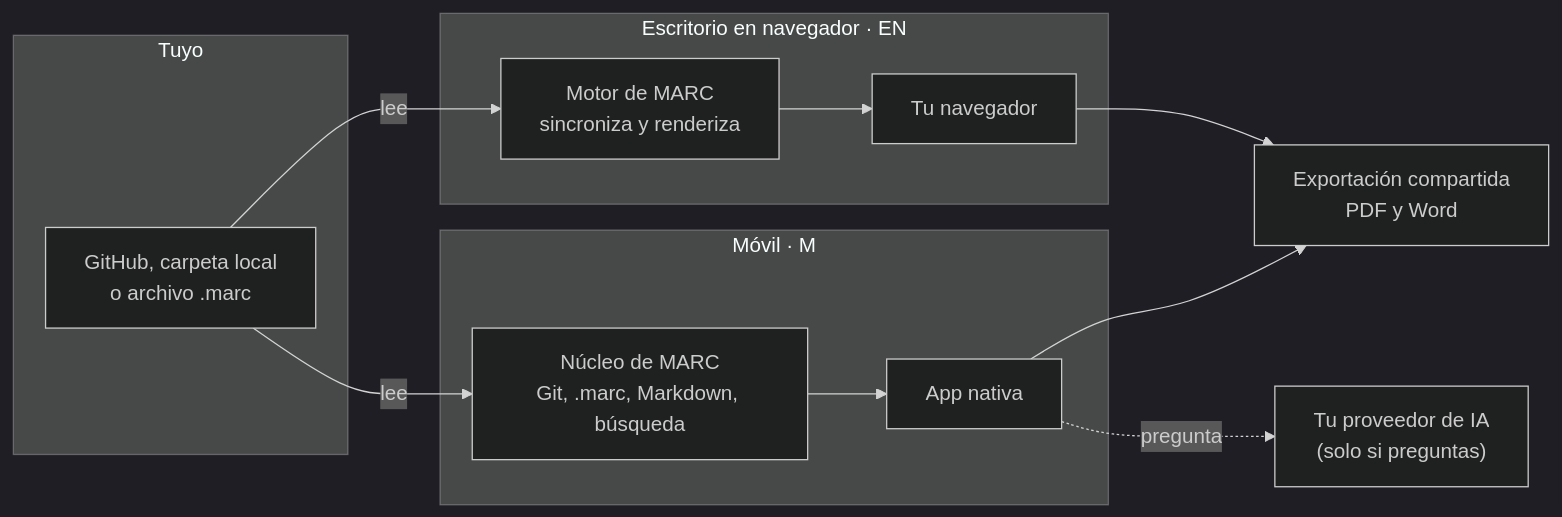
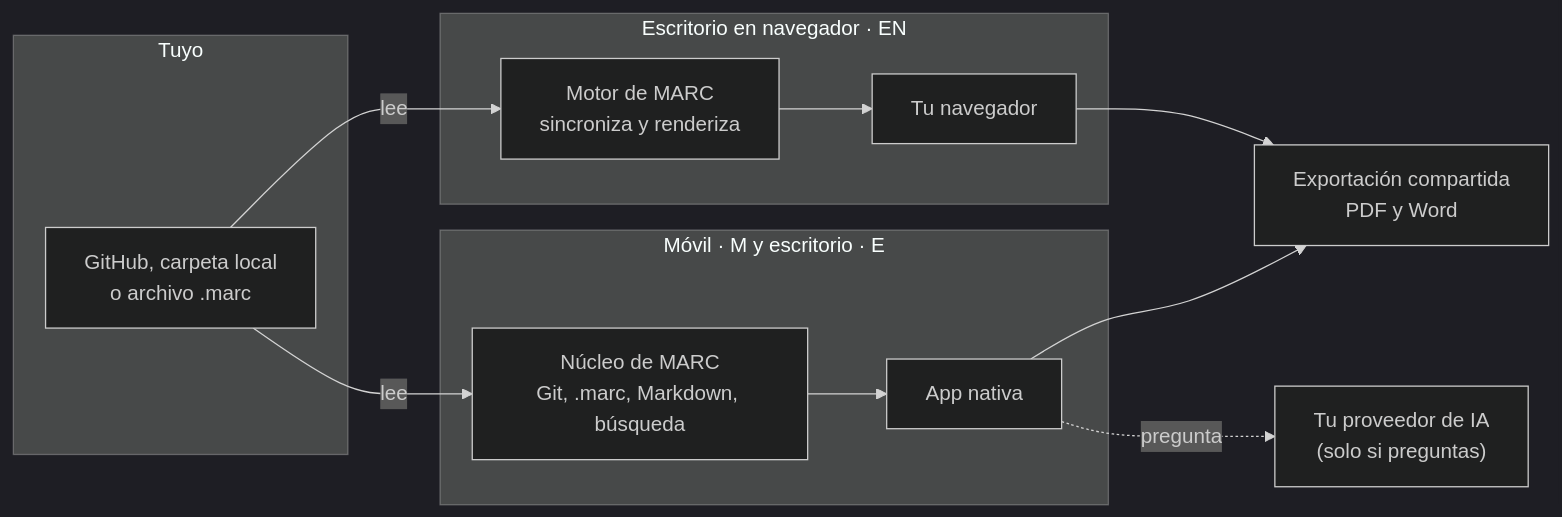
The diagram in 12 Créditos.md (Anton-Bazh/MARC-DOC), drawn with Mermaid (dark theme) before and after one commit. The commit also changed other lines of this file and 28 other files, not shown here.

````diff
--- a/12 Créditos.md
+++ b/12 Créditos.md
@@ -13,22 +13,22 @@
 ```mermaid
 flowchart LR
     subgraph Tuyo["Tuyo"]
         REPO["GitHub, carpeta local<br/>o archivo .marc"]
     end
     subgraph E["Escritorio en navegador · EN"]
         MOTOR["Motor de MARC<br/>sincroniza y renderiza"]
         NAV["Tu navegador"]
     end
-    subgraph M["Móvil · M"]
+    subgraph M["Móvil · M y escritorio · E"]
         NUCLEO["Núcleo de MARC<br/>Git, .marc, Markdown, búsqueda"]
         APP["App nativa"]
     end
     EXP["Exportación compartida<br/>PDF y Word"]
     IA["Tu proveedor de IA<br/>(solo si preguntas)"]
 
     REPO -- "lee" --> MOTOR --> NAV
     REPO -- "lee" --> NUCLEO --> APP
     NAV --> EXP
     APP --> EXP
     APP -. "pregunta" .-> IA
 ```
````
